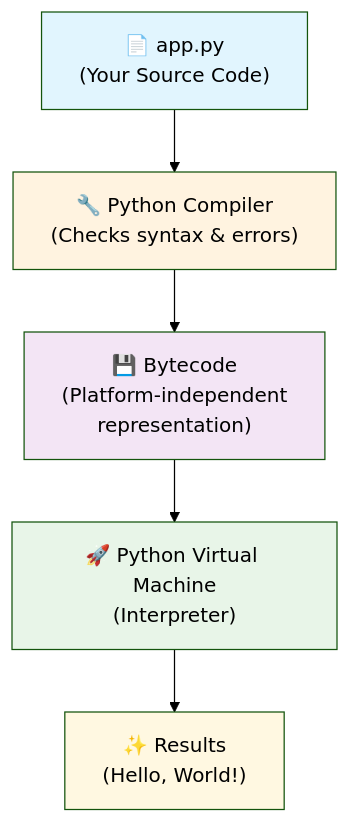
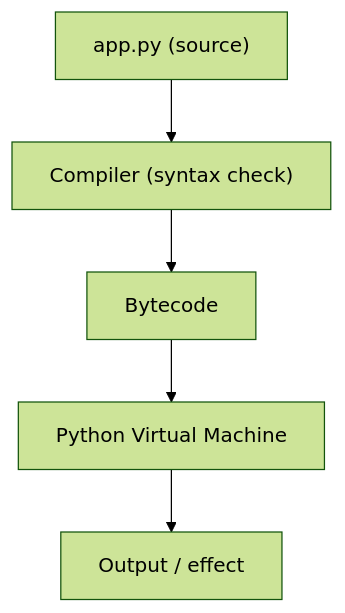
One commit to Swamy-s-Tech-Skills-Academy/python-fundamentals changed the diagram in docs/sessions/L1/01_S1.md. Above: the diagram before and after it, drawn with Mermaid (forest theme). The commit also changed other lines of this file and 38 other files, not shown here.

````diff
--- a/docs/sessions/L1/01_S1.md
+++ b/docs/sessions/L1/01_S1.md
@@ -183,13 +160,7 @@
 ```mermaid
 graph TD
-    A["📄 app.py<br/>(Your Source Code)"] --> B["🔧 Python Compiler<br/>(Checks syntax & errors)"]
-    B --> C["💾 Bytecode<br/>(Platform-independent<br/>representation)"]
-    C --> D["🚀 Python Virtual Machine<br/>(Interpreter)"]
-    D --> E["✨ Results<br/>(Hello, World!)"]
-
-    style A fill:#e1f5fe
-    style B fill:#fff3e0
-    style C fill:#f3e5f5
-    style D fill:#e8f5e8
-    style E fill:#fff8e1
+    A["app.py (source)"] --> B["Compiler (syntax check)"]
+    B --> C["Bytecode"]
+    C --> D["Python Virtual Machine"]
+    D --> E["Output / effect"]
 ```
````
